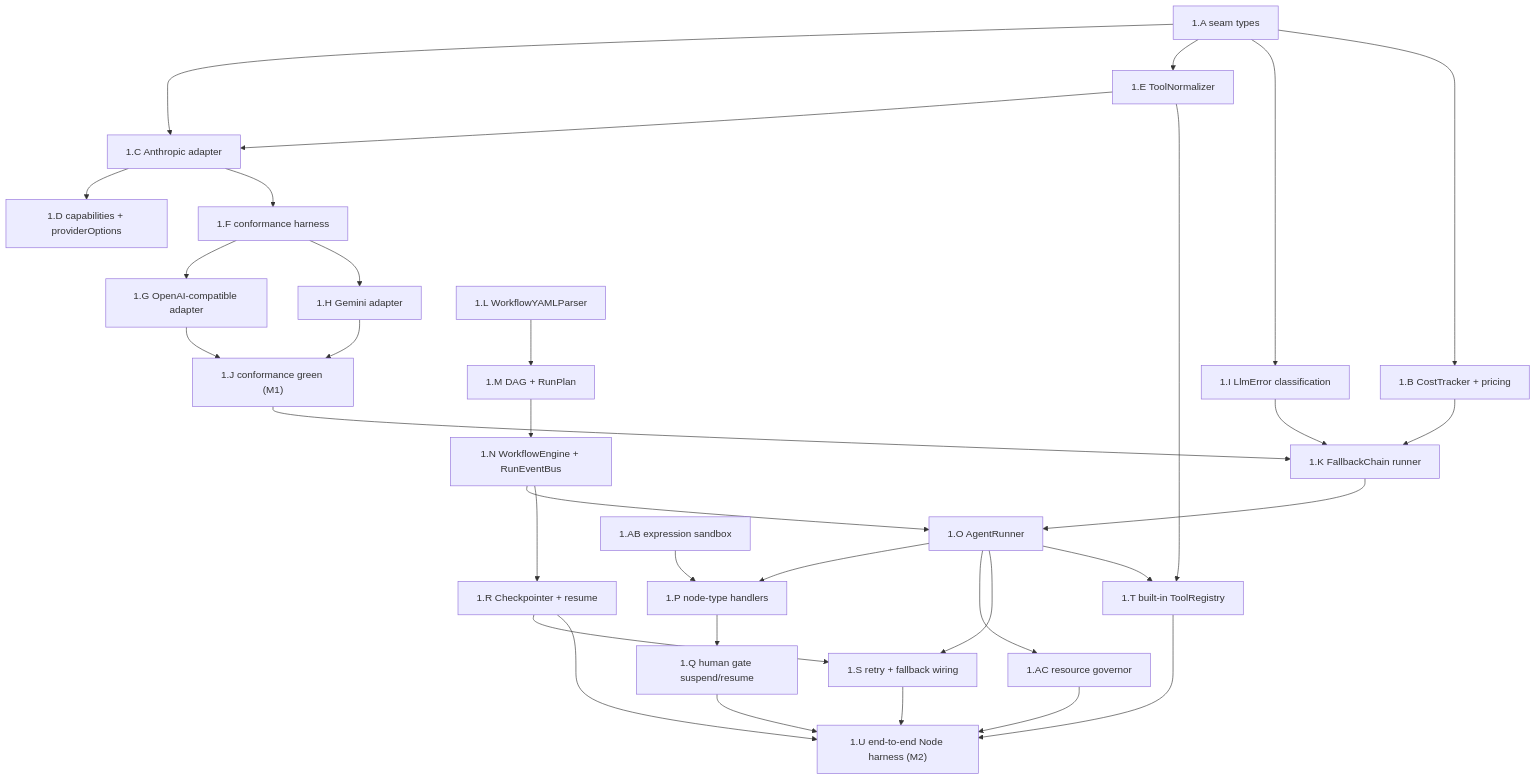
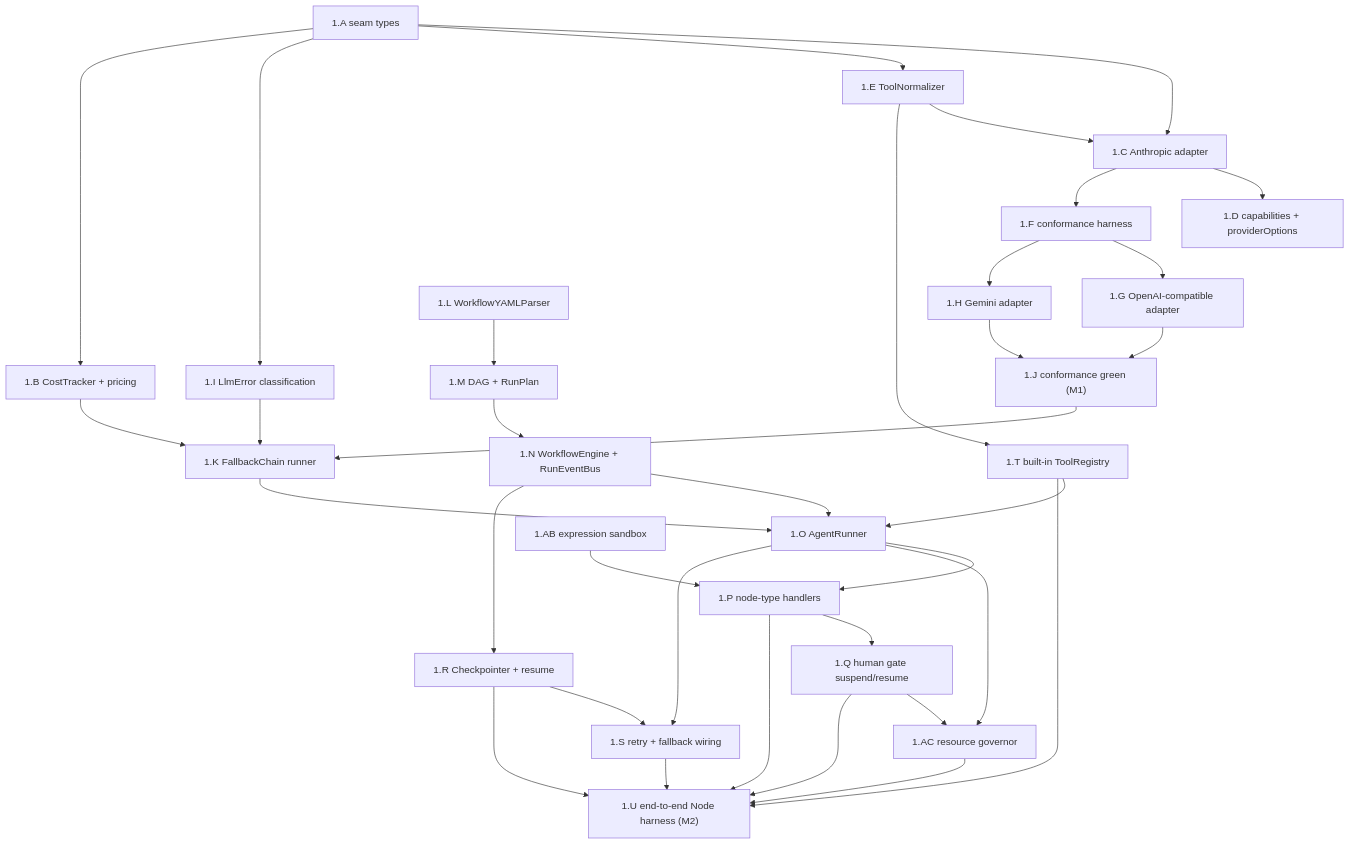
One commit to HodeTech/Relavium changed the first of 2 diagrams in docs/roadmap/phases/phase-1-engine-and-llm.md. Above: the diagram before and after it, drawn with Mermaid. The commit also changed other lines of this file and 8 other files, not shown here.

````diff
--- a/docs/roadmap/phases/phase-1-engine-and-llm.md
+++ b/docs/roadmap/phases/phase-1-engine-and-llm.md
@@ -118,35 +118,37 @@
 ```mermaid
 flowchart TB
     A["1.A seam types"] --> C["1.C Anthropic adapter"]
     C --> D["1.D capabilities + providerOptions"]
     C --> F["1.F conformance harness"]
     F --> G["1.G OpenAI-compatible adapter"]
     F --> H["1.H Gemini adapter"]
     A --> E["1.E ToolNormalizer"]
     E --> C
     G --> J["1.J conformance green (M1)"]
     H --> J
     A --> I["1.I LlmError classification"]
     I --> K["1.K FallbackChain runner"]
     J --> K
     A --> CT["1.B CostTracker + pricing"]
     CT --> K
     L["1.L WorkflowYAMLParser"] --> M["1.M DAG + RunPlan"]
     M --> N["1.N WorkflowEngine + RunEventBus"]
     N --> O["1.O AgentRunner"]
     K --> O
     O --> P["1.P node-type handlers"]
     AB["1.AB expression sandbox"] --> P
     O --> AC["1.AC resource governor"]
+    Q --> AC
     AC --> U
     P --> Q["1.Q human gate suspend/resume"]
     N --> R["1.R Checkpointer + resume"]
     O --> S["1.S retry + fallback wiring"]
     R --> S
     E --> T["1.T built-in ToolRegistry"]
-    O --> T
+    T --> O
+    P --> U
     S --> U["1.U end-to-end Node harness (M2)"]
     Q --> U
     R --> U
     T --> U
 ```
````
